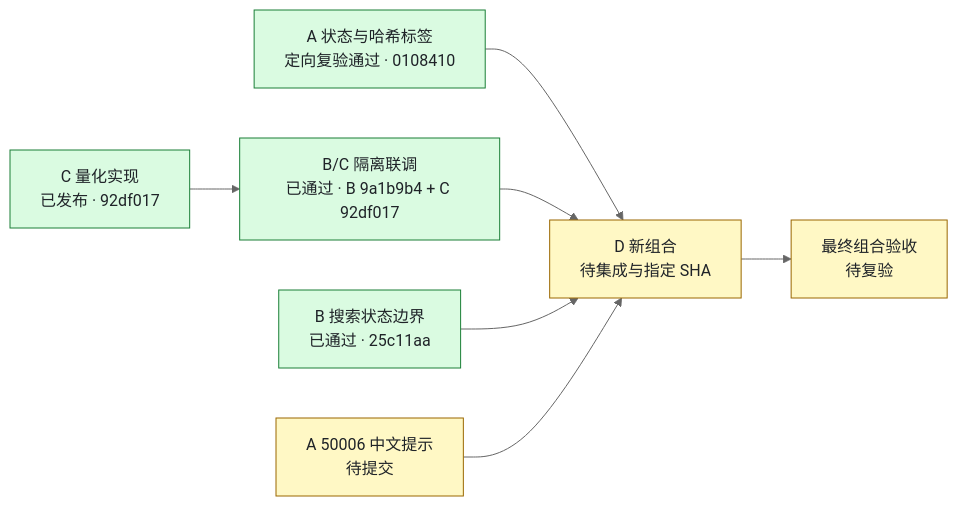
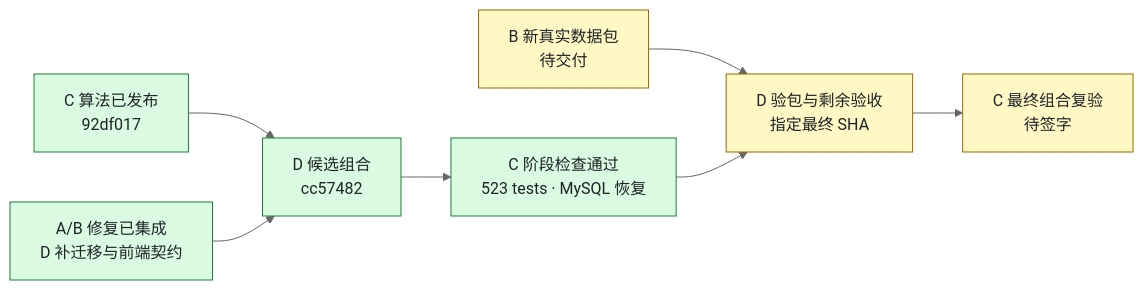
The diagram in docs/C_PROGRESS.md (27ye/ai-quant-platform), drawn with Mermaid (neutral theme) before and after one commit. The commit also changed other lines of this file and 10 other files, not shown here.

````diff
--- a/docs/C_PROGRESS.md
+++ b/docs/C_PROGRESS.md
@@ -9,13 +9,13 @@
 ```mermaid
 flowchart LR
-    C["C 量化实现<br/>已发布 · 92df017"] --> BC["B/C 隔离联调<br/>已通过 · B 9a1b9b4 + C 92df017"]
-    A["A 状态与哈希标签<br/>定向复验通过 · 0108410"] --> D["D 新组合<br/>待集成与指定 SHA"]
-    BC --> D
-    S["B 搜索状态边界<br/>已通过 · 25c11aa"] --> D
-    P["A 50006 中文提示<br/>待提交"] --> D
-    D --> F["最终组合验收<br/>待复验"]
+    C["C 算法已发布<br/>92df017"] --> D["D 候选组合<br/>cc57482"]
+    AB["A/B 修复已集成<br/>D 补迁移与前端契约"] --> D
+    D --> T["C 阶段检查通过<br/>523 tests · MySQL 恢复"]
+    B["B 新真实数据包<br/>待交付"] --> V["D 验包与剩余验收<br/>指定最终 SHA"]
+    T --> V
+    V --> F["C 最终组合复验<br/>待签字"]
     classDef done fill:#dafbe1,stroke:#1a7f37,color:#1f2328
     classDef pending fill:#fff8c5,stroke:#9a6700,color:#1f2328
-    class C,BC,A,S done
-    class P,D,F pending
+    class C,AB,D,T done
+    class B,V,F pending
 ```
````
